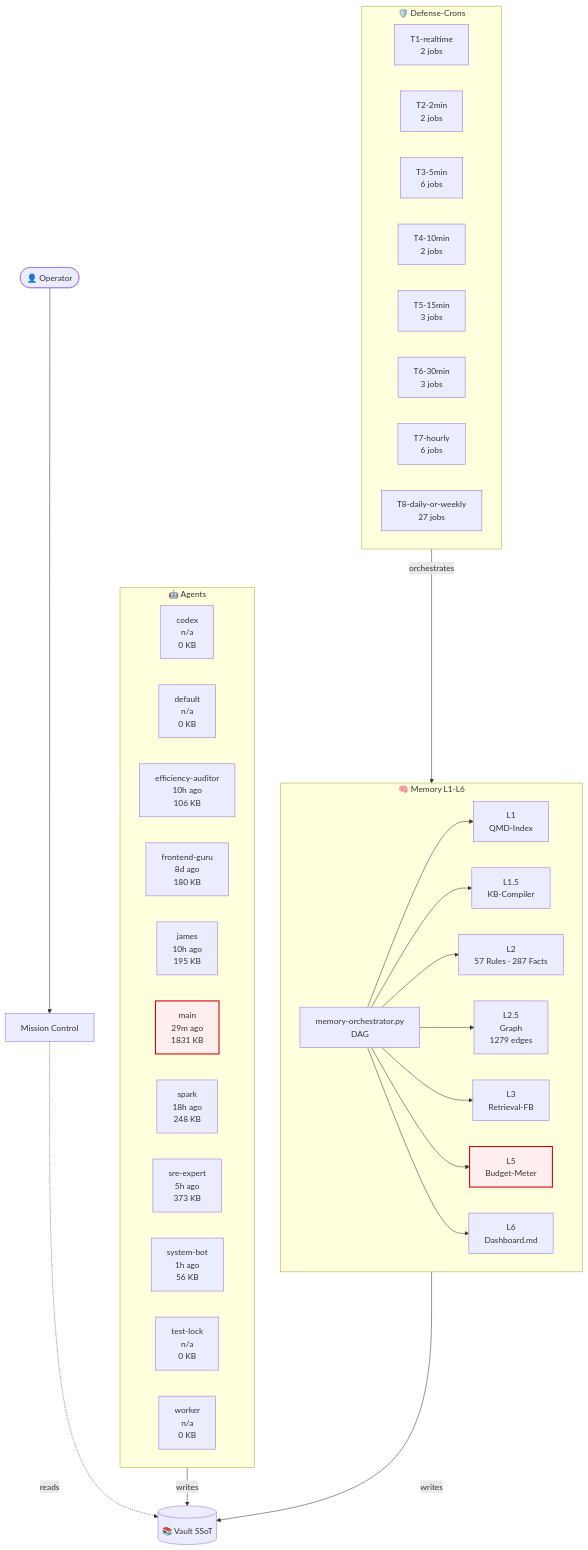
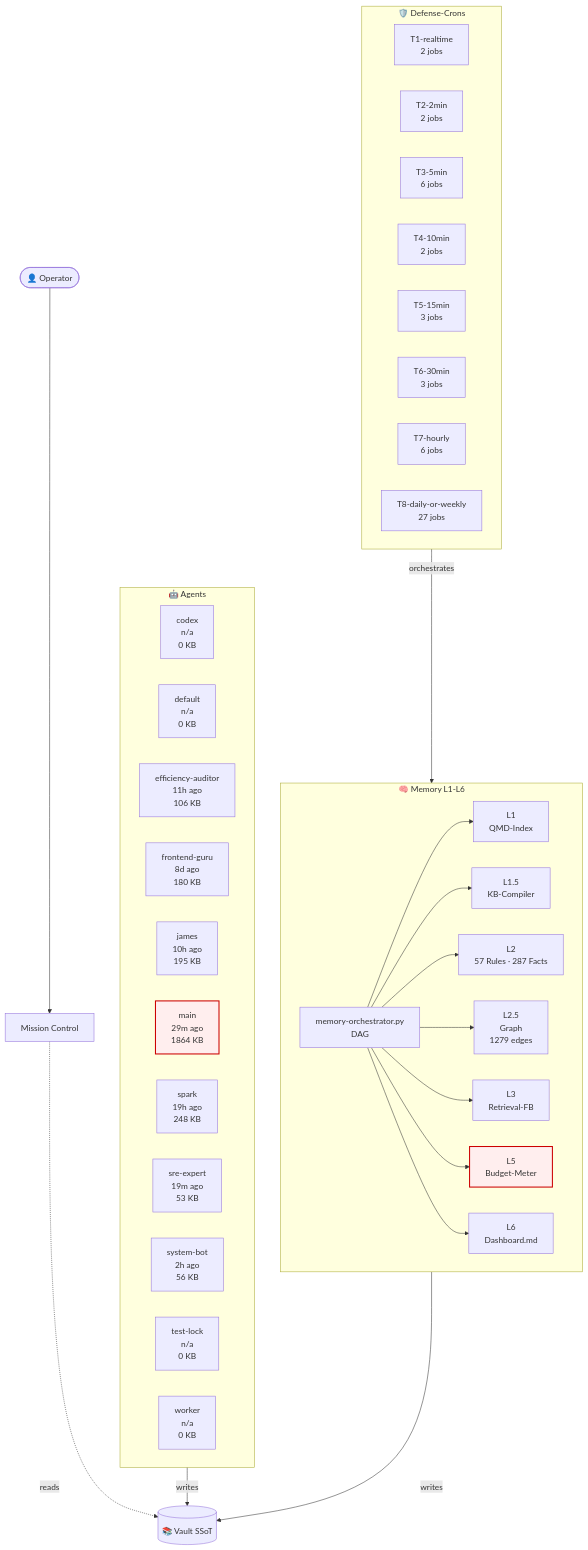
One commit to lenardhuebner88-rgb/openclaw-memory changed the diagram in 03-Agents/architecture-live.md. Above: the diagram before and after it, drawn with Mermaid. The commit also changed other lines of this file and 13 other files, not shown here.

````diff
--- a/03-Agents/architecture-live.md
+++ b/03-Agents/architecture-live.md
@@ -18,54 +18,54 @@
 ```mermaid
 flowchart TB
     classDef critical fill:#fee,stroke:#c00,stroke-width:2px;
     subgraph AGT["🤖 Agents"]
         agent_codex["codex<br/>n/a<br/>0 KB"]
         agent_default["default<br/>n/a<br/>0 KB"]
-        agent_efficiency_auditor["efficiency-auditor<br/>10h ago<br/>106 KB"]
+        agent_efficiency_auditor["efficiency-auditor<br/>11h ago<br/>106 KB"]
         agent_frontend_guru["frontend-guru<br/>8d ago<br/>180 KB"]
         agent_james["james<br/>10h ago<br/>195 KB"]
-        agent_main["main<br/>29m ago<br/>1831 KB"]
-        agent_spark["spark<br/>18h ago<br/>248 KB"]
-        agent_sre_expert["sre-expert<br/>5h ago<br/>373 KB"]
-        agent_system_bot["system-bot<br/>1h ago<br/>56 KB"]
+        agent_main["main<br/>29m ago<br/>1864 KB"]
+        agent_spark["spark<br/>19h ago<br/>248 KB"]
+        agent_sre_expert["sre-expert<br/>19m ago<br/>53 KB"]
+        agent_system_bot["system-bot<br/>2h ago<br/>56 KB"]
         agent_test_lock["test-lock<br/>n/a<br/>0 KB"]
         agent_worker["worker<br/>n/a<br/>0 KB"]
     end
     subgraph MEM["🧠 Memory L1-L6"]
         L1["L1<br/>QMD-Index"]
         L15["L1.5<br/>KB-Compiler"]
         L2["L2<br/>57 Rules · 287 Facts"]
         L25["L2.5<br/>Graph<br/>1279 edges"]
         L3["L3<br/>Retrieval-FB"]
         L5["L5<br/>Budget-Meter"]
         L6["L6<br/>Dashboard.md"]
         ORCH["memory-orchestrator.py<br/>DAG"]
     end
     subgraph CRN["🛡️ Defense-Crons"]
         tier_T1_realtime["T1-realtime<br/>2 jobs"]
         tier_T2_2min["T2-2min<br/>2 jobs"]
         tier_T3_5min["T3-5min<br/>6 jobs"]
         tier_T4_10min["T4-10min<br/>2 jobs"]
         tier_T5_15min["T5-15min<br/>3 jobs"]
         tier_T6_30min["T6-30min<br/>3 jobs"]
         tier_T7_hourly["T7-hourly<br/>6 jobs"]
         tier_T8_daily_or_weekly["T8-daily-or-weekly<br/>27 jobs"]
     end
     VAULT[("📚 Vault SSoT")]
     OP([👤 Operator])
     MC["Mission Control"]
     OP --> MC
     MC -.reads.-> VAULT
     AGT -->|writes| VAULT
     MEM -->|writes| VAULT
     ORCH --> L1
     ORCH --> L15
     ORCH --> L2
     ORCH --> L25
     ORCH --> L3
     ORCH --> L5
     ORCH --> L6
     CRN -->|orchestrates| MEM
     class L5 critical
     class agent_main critical
 ```
````
